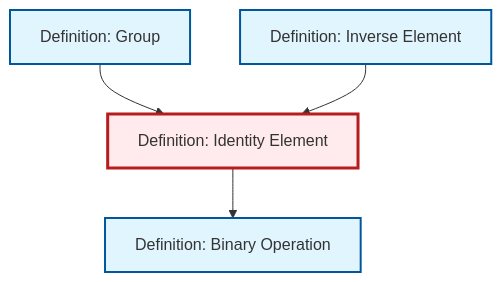
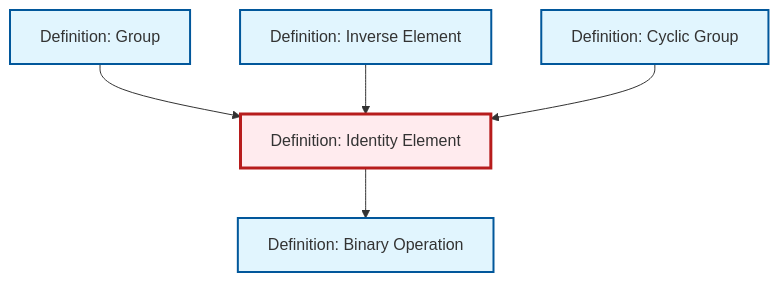
The diagram in content/en/algebra/def-identity-element.qmd (RK0429/ModernMath), drawn with Mermaid before and after one commit. The commit also changed 417 other files, not shown here.

````diff
--- a/content/en/algebra/def-identity-element.qmd
+++ b/content/en/algebra/def-identity-element.qmd
@@ -77,20 +77,23 @@
 ```{mermaid}
 %%| fig-cap: "Local dependency graph"
 graph TD
     classDef definition fill:#e1f5fe,stroke:#01579b,stroke-width:2px
     classDef theorem fill:#f3e5f5,stroke:#4a148c,stroke-width:2px
     classDef axiom fill:#fff3e0,stroke:#e65100,stroke-width:2px
     classDef example fill:#e8f5e9,stroke:#1b5e20,stroke-width:2px
     classDef current fill:#ffebee,stroke:#b71c1c,stroke-width:3px
-    def-group["Definition: Group"]:::definition
+    def-identity-element["Definition: Identity Element"]:::definition
+    def-cyclic-group["Definition: Cyclic Group"]:::definition
     def-inverse-element["Definition: Inverse Element"]:::definition
     def-binary-operation["Definition: Binary Operation"]:::definition
-    def-identity-element["Definition: Identity Element"]:::definition
+    def-group["Definition: Group"]:::definition
+    def-identity-element --> def-binary-operation
     def-group --> def-identity-element
     def-inverse-element --> def-identity-element
-    def-identity-element --> def-binary-operation
+    def-cyclic-group --> def-identity-element
     class def-identity-element current
-    click def-group "def-group.html" "Go to Group definition"
+    click def-cyclic-group "def-cyclic-group.html" "Go to Cyclic Group definition"
     click def-inverse-element "def-inverse-element.html" "Go to Inverse Element definition"
     click def-binary-operation "def-binary-operation.html" "Go to Binary Operation definition"
+    click def-group "def-group.html" "Go to Group definition"
 ```
````
